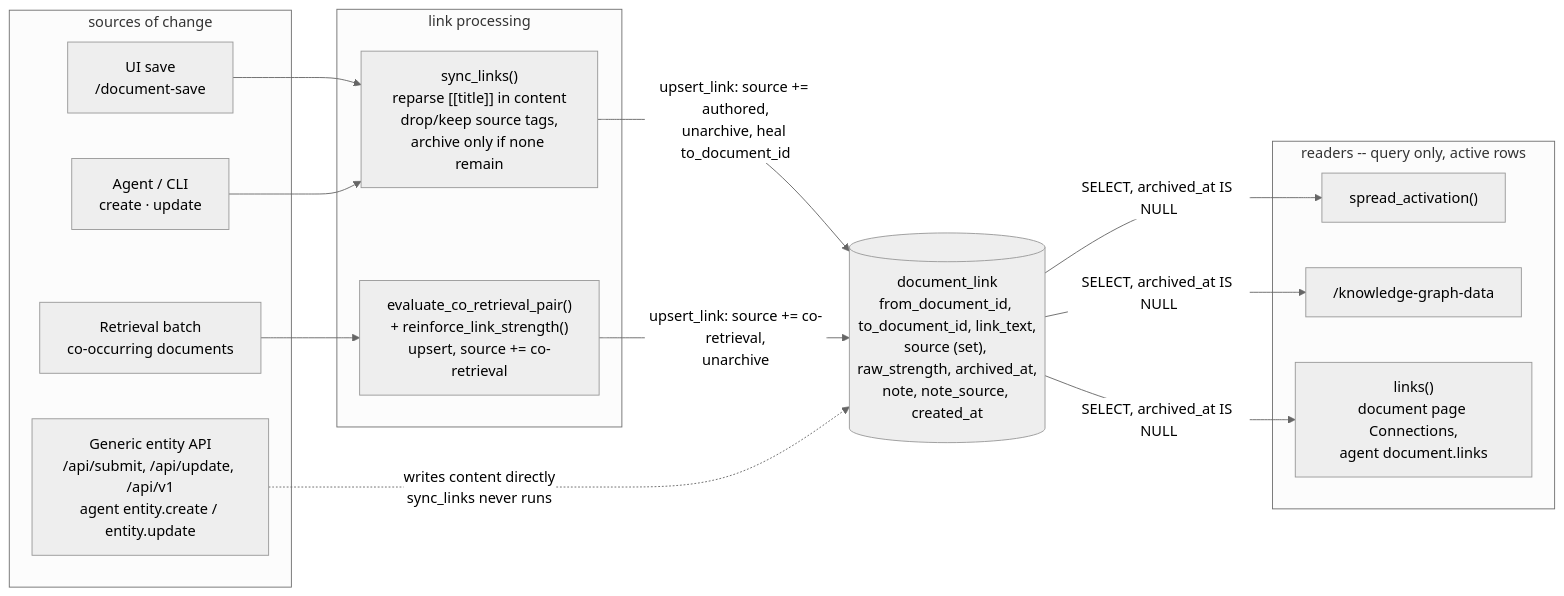
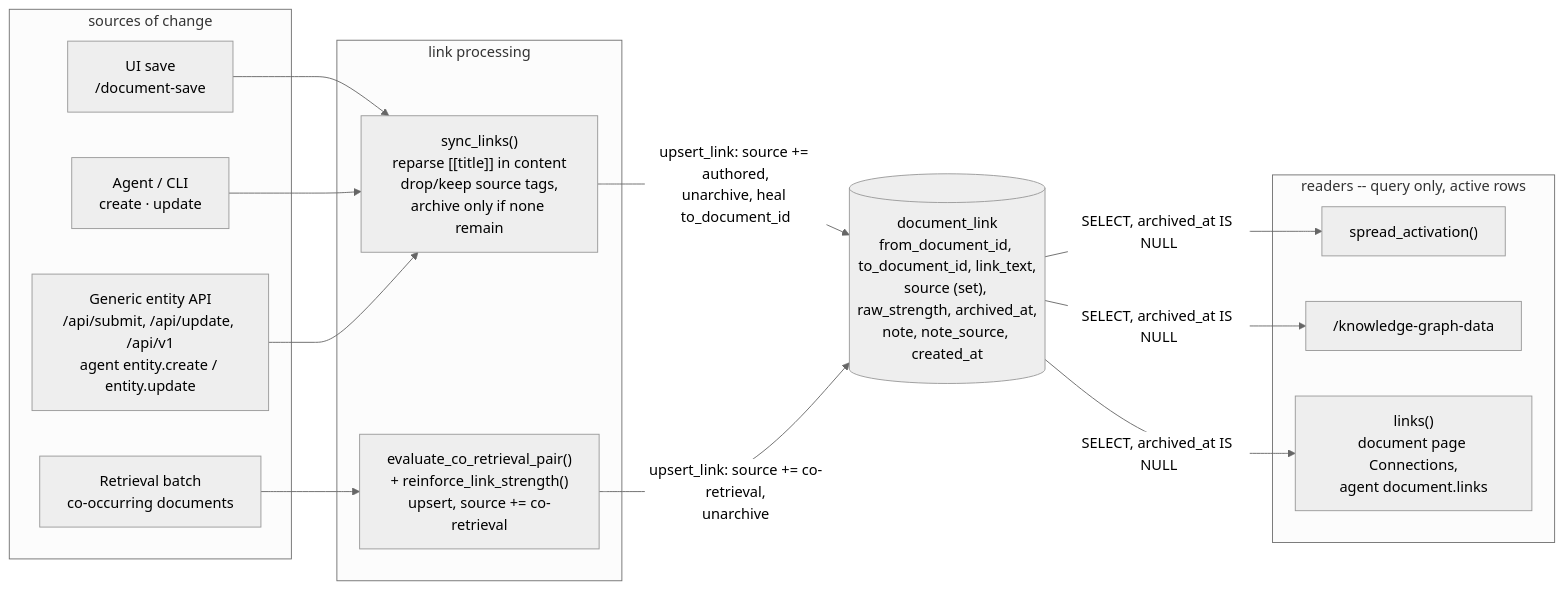
One commit to BenSiv/daat changed the diagram in doc/document-link-flow.md. Above: the diagram before and after it, drawn with Mermaid (neutral theme). The commit also changed other lines of this file and 8 other files, not shown here.

````diff
--- a/doc/document-link-flow.md
+++ b/doc/document-link-flow.md
@@ -5,33 +5,33 @@
 ```mermaid
 flowchart LR
     subgraph SRC["sources of change"]
         A1["UI save<br/>/document-save"]
         A2["Agent / CLI<br/>create &middot; update"]
         A3["Generic entity API<br/>/api/submit, /api/update, /api/v1<br/>agent entity.create / entity.update"]
         A4["Retrieval batch<br/>co-occurring documents"]
     end
 
     subgraph PROC["link processing"]
         P1["sync_links()<br/>reparse [[title]] in content<br/>drop/keep source tags,<br/>archive only if none remain"]
         P2["evaluate_co_retrieval_pair()<br/>+ reinforce_link_strength()<br/>upsert, source += co-retrieval"]
     end
 
     T[("document_link<br/>from_document_id, to_document_id, link_text,<br/>source (set), raw_strength, archived_at,<br/>note, note_source, created_at")]
 
     subgraph READ["readers -- query only, active rows"]
         R1["spread_activation()"]
         R2["/knowledge-graph-data"]
         R3["links()<br/>document page Connections,<br/>agent document.links"]
     end
 
     A1 --> P1
     A2 --> P1
     A4 --> P2
     P1 -->|upsert_link: source += authored,<br/>unarchive, heal to_document_id| T
     P2 -->|upsert_link: source += co-retrieval,<br/>unarchive| T
-    A3 -.->|writes content directly<br/>sync_links never runs| T
+    A3 --> P1
 
     T -->|SELECT, archived_at IS NULL| R1
     T -->|SELECT, archived_at IS NULL| R2
     T -->|SELECT, archived_at IS NULL| R3
 ```
````
